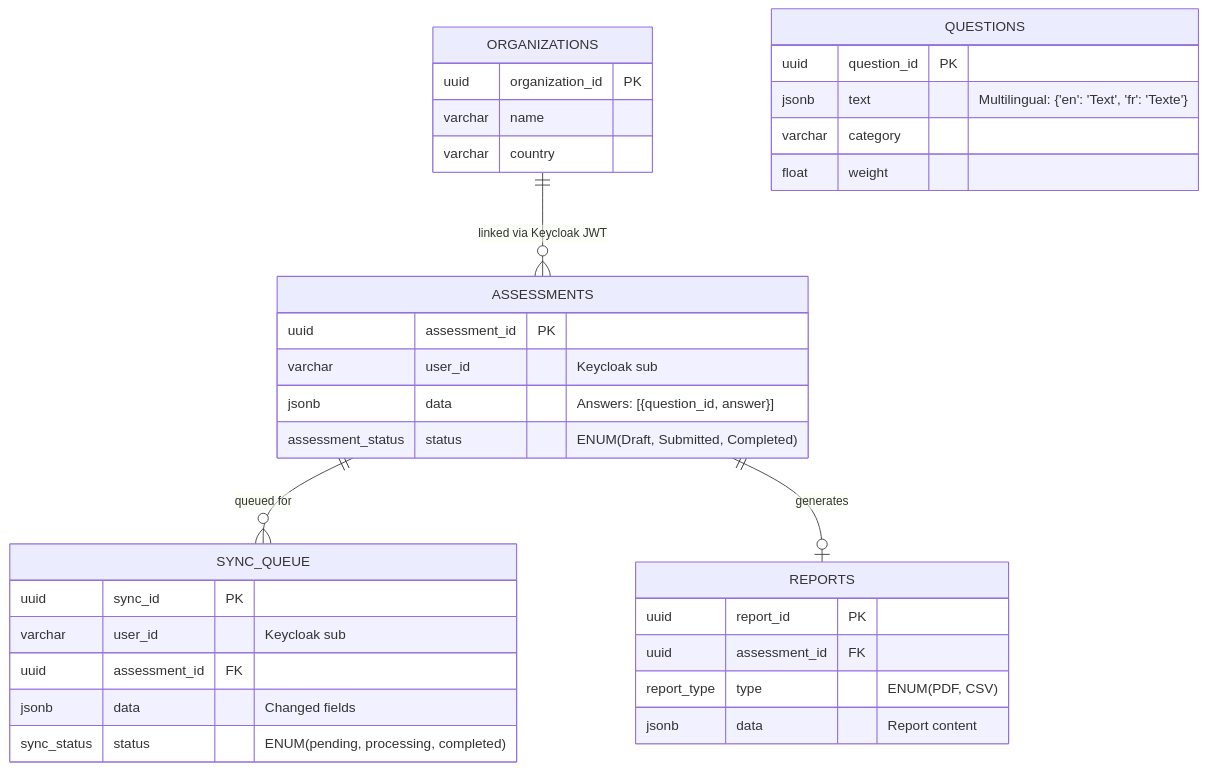
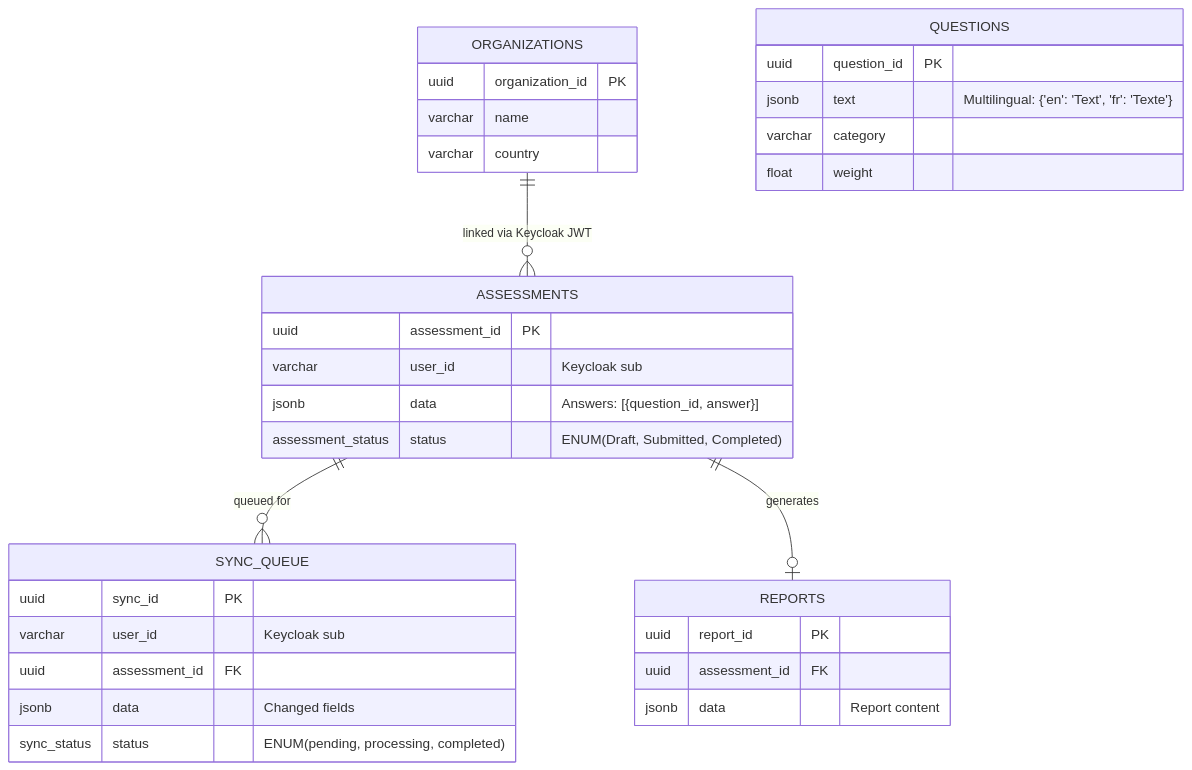
Before and after one commit to ADORSYS-GIS/DGAT-sustainability: the fifth of 5 diagrams in docs/architecture/arc42.md, drawn with Mermaid.

````diff
--- a/docs/architecture/arc42.md
+++ b/docs/architecture/arc42.md
@@ -297,41 +297,40 @@
 ```mermaid
 erDiagram
     ORGANIZATIONS ||--o{ ASSESSMENTS : "linked via Keycloak JWT"
     ASSESSMENTS ||--o{ SYNC_QUEUE : "queued for"
     ASSESSMENTS ||--o| REPORTS : "generates"
 
     ORGANIZATIONS {
         uuid organization_id PK
         varchar name
         varchar country
     }
 
     ASSESSMENTS {
         uuid assessment_id PK
         varchar user_id "Keycloak sub"
         jsonb data "Answers: [{question_id, answer}]"
         assessment_status status "ENUM(Draft, Submitted, Completed)"
     }
 
     QUESTIONS {
         uuid question_id PK
         jsonb text "Multilingual: {'en': 'Text', 'fr': 'Texte'}"
         varchar category
         float weight
     }
 
     SYNC_QUEUE {
         uuid sync_id PK
         varchar user_id "Keycloak sub"
         uuid assessment_id FK
         jsonb data "Changed fields"
         sync_status status "ENUM(pending, processing, completed)"
     }
 
     REPORTS {
         uuid report_id PK
         uuid assessment_id FK
-        report_type type "ENUM(PDF, CSV)"
         jsonb data "Report content"
     }
 ```
````
